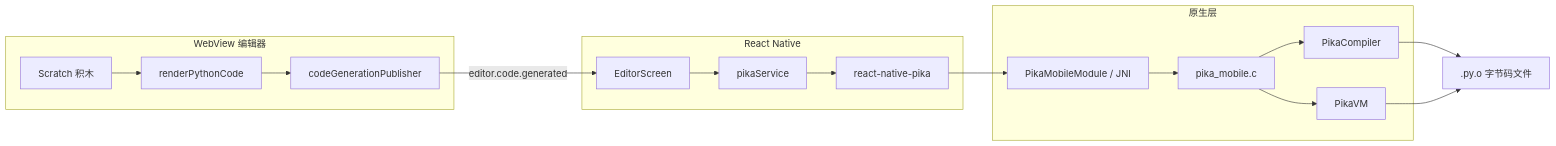
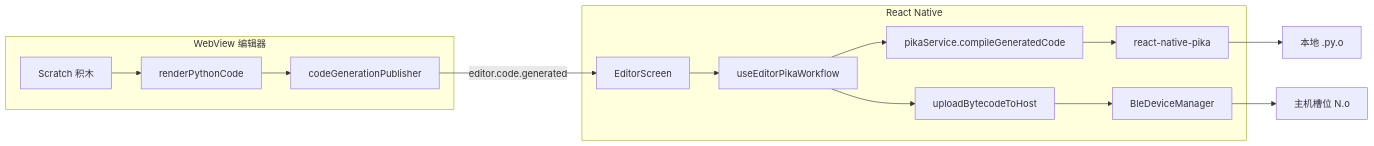
The diagram in docs/pika-runtime.md (Chiunature/scratch-moble), drawn with Mermaid before and after one commit. The commit also changed other lines of this file and 17 other files, not shown here.

````diff
--- a/docs/pika-runtime.md
+++ b/docs/pika-runtime.md
@@ -11,23 +16,19 @@
 ```mermaid
 flowchart LR
   subgraph web [WebView 编辑器]
     Blocks[Scratch 积木] --> Codegen[renderPythonCode]
     Codegen --> Publisher[codeGenerationPublisher]
   end
 
   subgraph rn [React Native]
     Publisher -->|editor.code.generated| Editor[EditorScreen]
-    Editor --> Service[pikaService]
+    Editor --> Workflow[useEditorPikaWorkflow]
+    Workflow --> Service[pikaService.compileGeneratedCode]
     Service --> RNPika[react-native-pika]
+    Workflow --> Upload[uploadBytecodeToHost]
+    Upload --> BLE[BleDeviceManager]
   end
 
-  subgraph native [原生层]
-    RNPika --> JNI[PikaMobileModule / JNI]
-    JNI --> CAPI[pika_mobile.c]
-    CAPI --> Compiler[PikaCompiler]
-    CAPI --> VM[PikaVM]
-  end
-
-  Compiler --> PyO[".py.o 字节码文件"]
-  VM --> PyO
+  RNPika --> PyO["本地 .py.o"]
+  BLE --> Host["主机槽位 N.o"]
 ```
````
